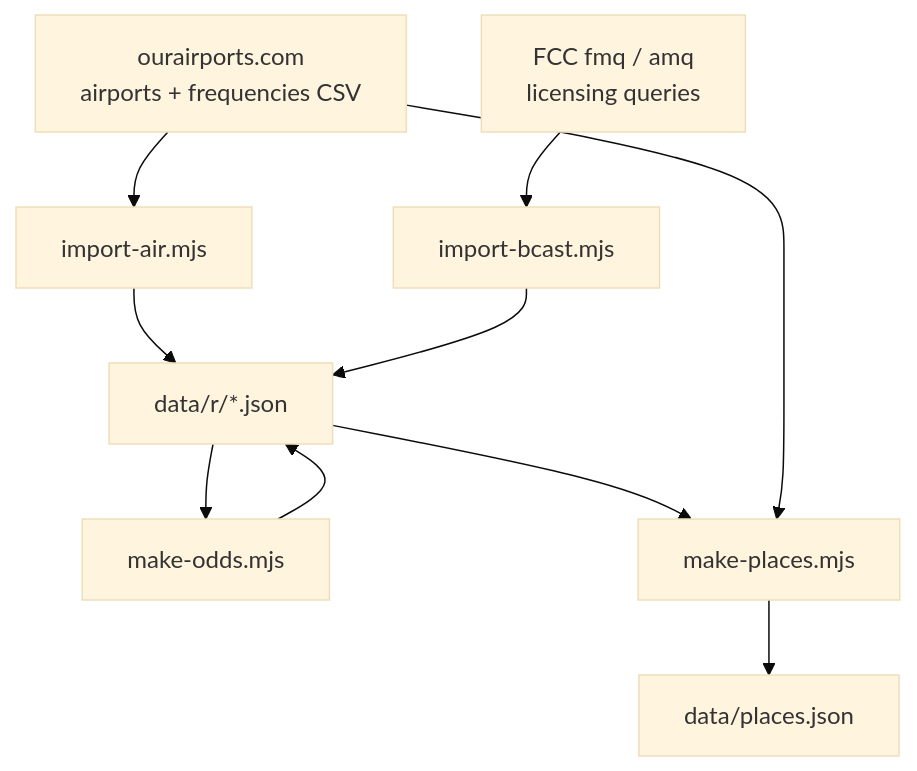
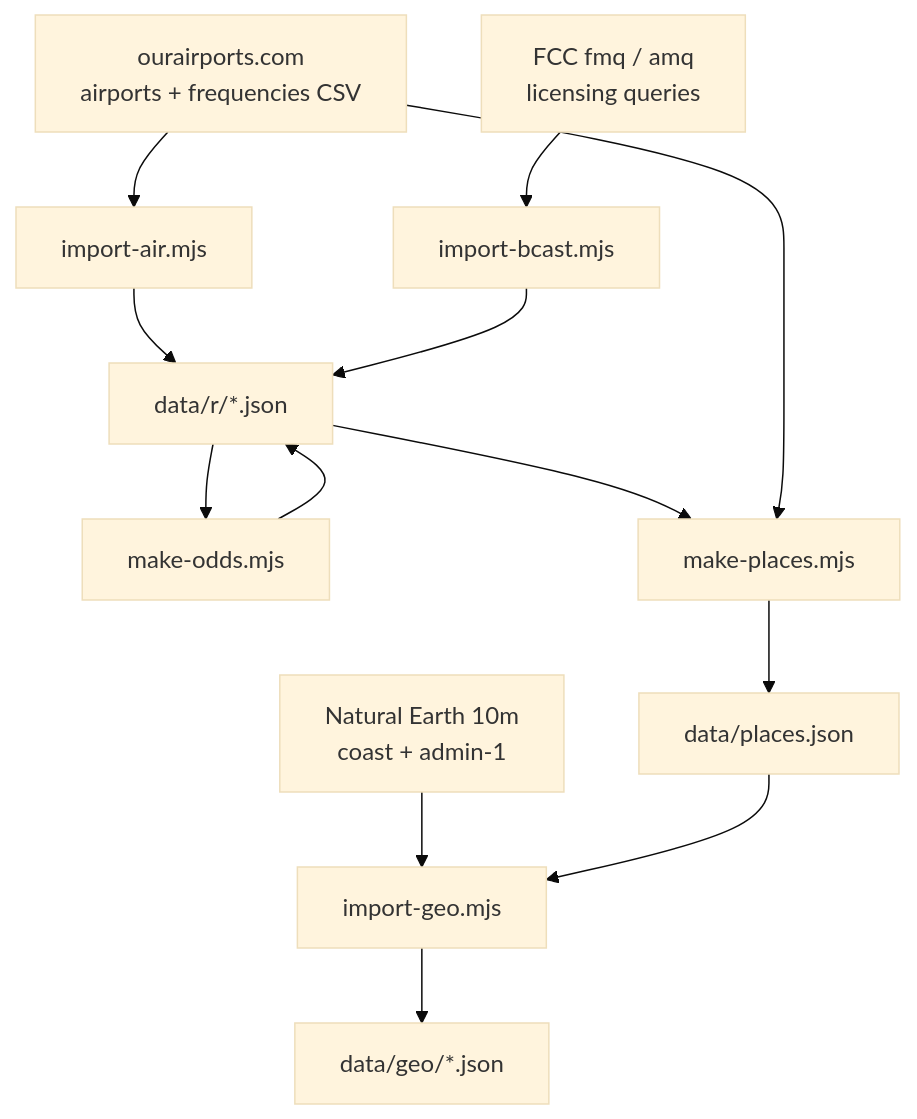
Before and after one commit to AndyUneducated/airwaves: the fifth of 10 diagrams in docs/ARCHITECTURE.md, drawn with Mermaid (base theme). The commit also changed other lines of this file and 34 other files, not shown here.

````diff
--- a/docs/ARCHITECTURE.md
+++ b/docs/ARCHITECTURE.md
@@ -161,12 +161,15 @@
 ```mermaid
 graph TD
   OA["ourairports.com<br/>airports + frequencies CSV"] --> IA[import-air.mjs]
   FCC["FCC fmq / amq<br/>licensing queries"] --> IB[import-bcast.mjs]
   IA --> R["data/r/*.json"]
   IB --> R
   R --> MO[make-odds.mjs]
   MO --> R
   R --> MP[make-places.mjs]
   OA --> MP
   MP --> P["data/places.json"]
+  NE["Natural Earth 10m<br/>coast + admin-1"] --> IG[import-geo.mjs]
+  P --> IG
+  IG --> G["data/geo/*.json"]
 ```
````
